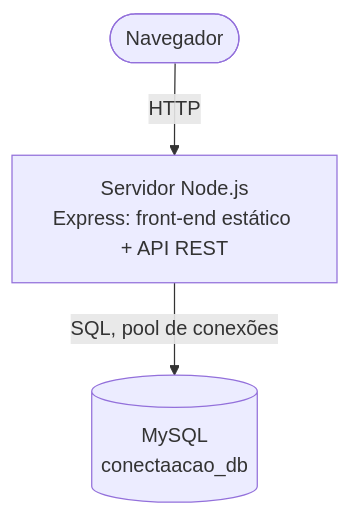
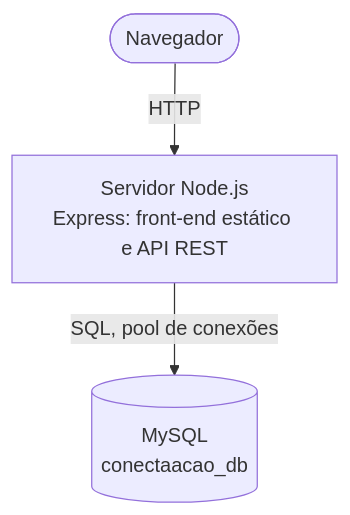
The fourth of 4 diagrams in docs/arquitetura/arquitetura.md (gigi-zacaroni/tp-eng-software), drawn with Mermaid before and after one commit. The commit also changed other lines of this file and 4 other files, not shown here.

````diff
--- a/docs/arquitetura/arquitetura.md
+++ b/docs/arquitetura/arquitetura.md
@@ -131,5 +131,5 @@
 ```mermaid
 flowchart TB
-    Cliente([Navegador]) -->|HTTP| Servidor[Servidor Node.js<br/>Express: front-end estático + API REST]
+    Cliente([Navegador]) -->|HTTP| Servidor[Servidor Node.js<br/>Express: front-end estático e API REST]
     Servidor -->|SQL, pool de conexões| Banco[(MySQL<br/>conectaacao_db)]
 ```
````
